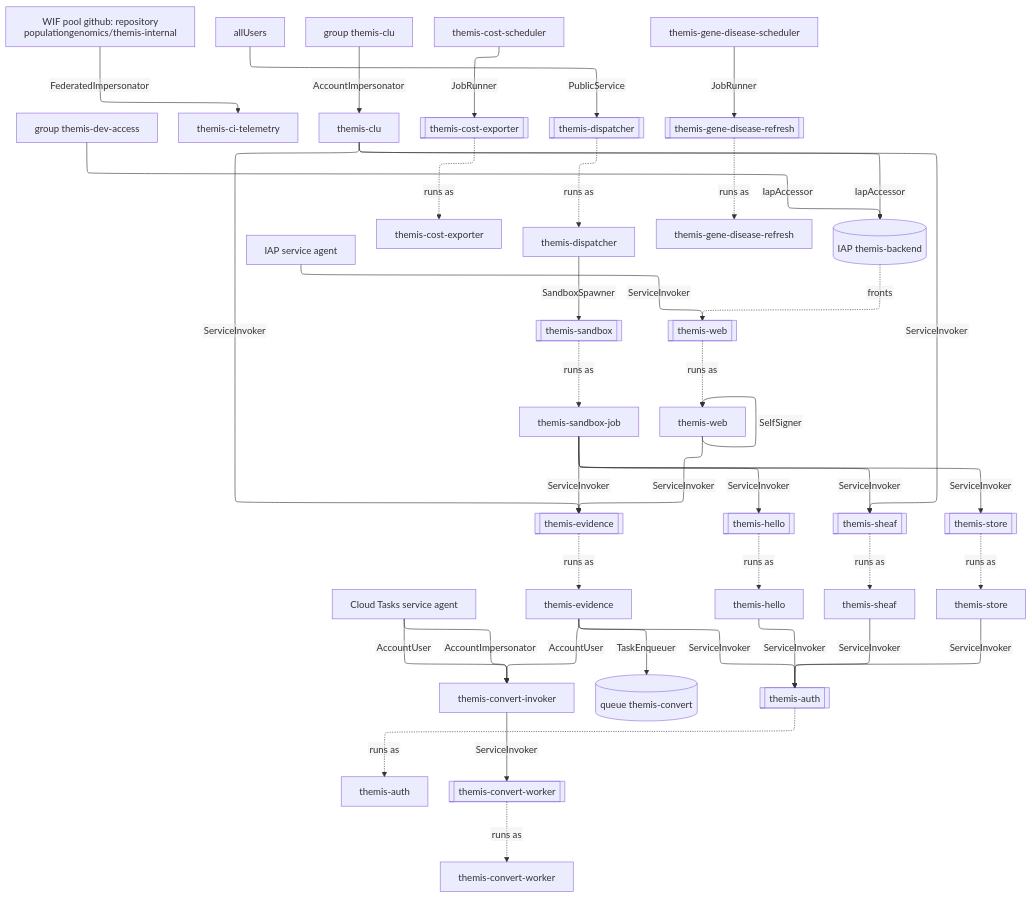
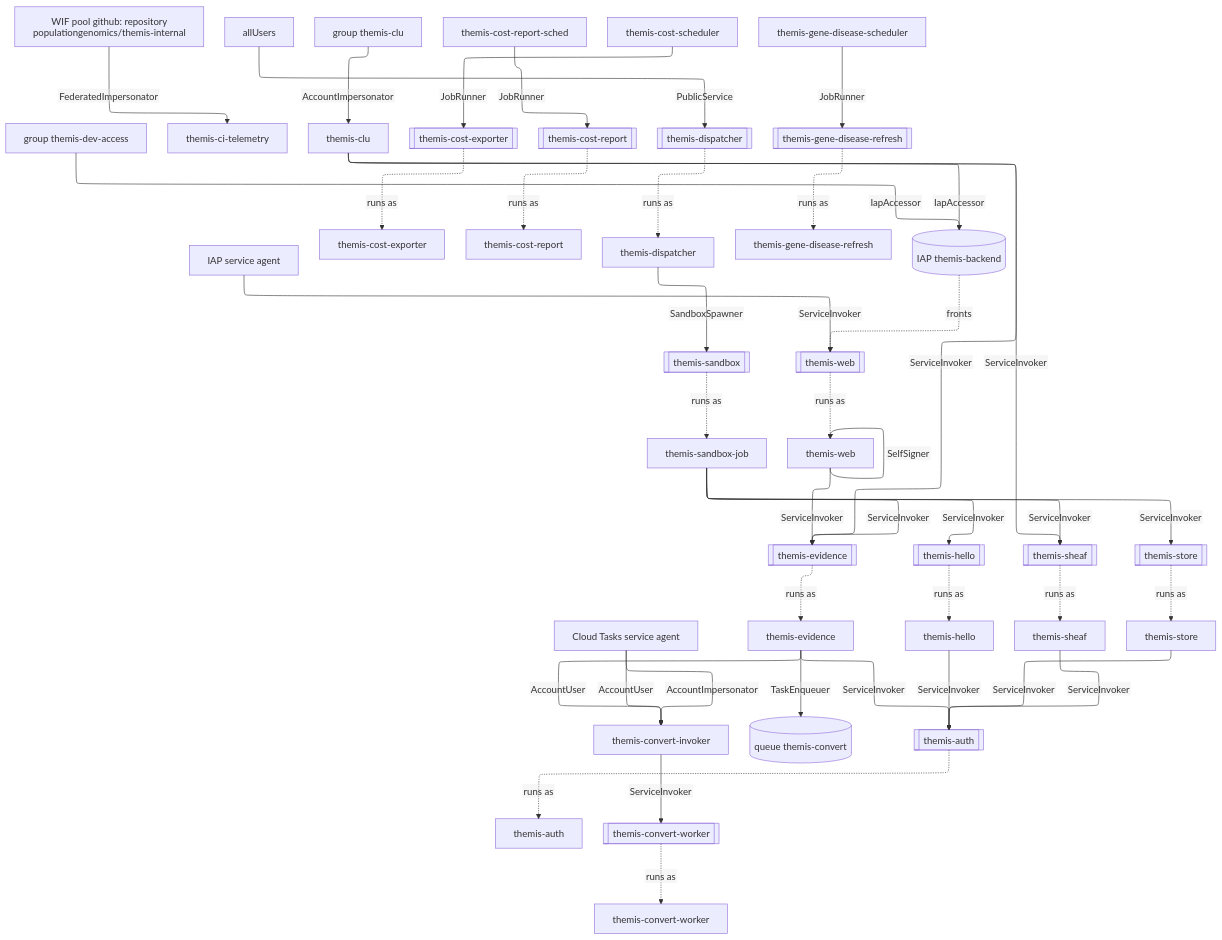
One commit to populationgenomics/themis changed the diagram in docs/design/grants/calls.mmd. Above: the diagram before and after it, drawn with Mermaid. The commit also changed 31 other files, not shown here.

First line of the commit message:
cost: the morning report posts every producer's day to Slack, with a chart (#582)

```diff
--- a/docs/design/grants/calls.mmd
+++ b/docs/design/grants/calls.mmd
@@ -1,75 +1,80 @@
 %%{init: {"layout": "elk", "elk": {"mergeEdges": true, "nodePlacementStrategy": "NETWORK_SIMPLEX"}, "htmlLabels": false, "flowchart": {"htmlLabels": false, "wrappingWidth": 320}}}%%
 flowchart TB
     n0["Cloud Tasks service agent"]
     n1["IAP service agent"]
     n2["WIF pool github: repository populationgenomics/themis-internal"]
     n3["allUsers"]
     n4["group themis-clu"]
     n5["group themis-dev-access"]
     n6["themis-auth"]
     n7["themis-ci-telemetry"]
     n8["themis-clu"]
     n9["themis-convert-invoker"]
     n10["themis-convert-worker"]
     n11["themis-cost-exporter"]
-    n12["themis-cost-scheduler"]
-    n13["themis-dispatcher"]
-    n14["themis-evidence"]
-    n15["themis-gene-disease-refresh"]
-    n16["themis-gene-disease-scheduler"]
-    n17["themis-hello"]
-    n18["themis-sandbox-job"]
-    n19["themis-sheaf"]
-    n20["themis-store"]
-    n21["themis-web"]
-    n22[("IAP themis-backend")]
-    n23[("queue themis-convert")]
-    n24[["themis-auth"]]
-    n25[["themis-convert-worker"]]
-    n26[["themis-cost-exporter"]]
-    n27[["themis-dispatcher"]]
-    n28[["themis-evidence"]]
-    n29[["themis-gene-disease-refresh"]]
-    n30[["themis-hello"]]
-    n31[["themis-sandbox"]]
-    n32[["themis-sheaf"]]
-    n33[["themis-store"]]
-    n34[["themis-web"]]
+    n12["themis-cost-report"]
+    n13["themis-cost-report-sched"]
+    n14["themis-cost-scheduler"]
+    n15["themis-dispatcher"]
+    n16["themis-evidence"]
+    n17["themis-gene-disease-refresh"]
+    n18["themis-gene-disease-scheduler"]
+    n19["themis-hello"]
+    n20["themis-sandbox-job"]
+    n21["themis-sheaf"]
+    n22["themis-store"]
+    n23["themis-web"]
+    n24[("IAP themis-backend")]
+    n25[("queue themis-convert")]
+    n26[["themis-auth"]]
+    n27[["themis-convert-worker"]]
+    n28[["themis-cost-exporter"]]
+    n29[["themis-cost-report"]]
+    n30[["themis-dispatcher"]]
+    n31[["themis-evidence"]]
+    n32[["themis-gene-disease-refresh"]]
+    n33[["themis-hello"]]
+    n34[["themis-sandbox"]]
+    n35[["themis-sheaf"]]
+    n36[["themis-store"]]
+    n37[["themis-web"]]
     n0 -->|AccountImpersonator| n9
     n0 -->|AccountUser| n9
-    n1 -->|ServiceInvoker| n34
+    n1 -->|ServiceInvoker| n37
     n2 -->|FederatedImpersonator| n7
-    n3 -->|PublicService| n27
+    n3 -->|PublicService| n30
     n4 -->|AccountImpersonator| n8
-    n5 -->|IapAccessor| n22
-    n8 -->|IapAccessor| n22
-    n8 -->|ServiceInvoker| n28
-    n8 -->|ServiceInvoker| n32
-    n9 -->|ServiceInvoker| n25
-    n12 -->|JobRunner| n26
-    n13 -->|SandboxSpawner| n31
-    n14 -->|AccountUser| n9
-    n14 -->|ServiceInvoker| n24
-    n14 -->|TaskEnqueuer| n23
-    n16 -->|JobRunner| n29
-    n17 -->|ServiceInvoker| n24
-    n18 -->|ServiceInvoker| n28
-    n18 -->|ServiceInvoker| n30
-    n18 -->|ServiceInvoker| n32
-    n18 -->|ServiceInvoker| n33
-    n19 -->|ServiceInvoker| n24
-    n20 -->|ServiceInvoker| n24
-    n21 -->|SelfSigner| n21
-    n21 -->|ServiceInvoker| n28
-    n22 -. fronts .-> n34
-    n24 -. runs as .-> n6
-    n25 -. runs as .-> n10
-    n26 -. runs as .-> n11
-    n27 -. runs as .-> n13
-    n28 -. runs as .-> n14
-    n29 -. runs as .-> n15
-    n30 -. runs as .-> n17
-    n31 -. runs as .-> n18
-    n32 -. runs as .-> n19
-    n33 -. runs as .-> n20
-    n34 -. runs as .-> n21
+    n5 -->|IapAccessor| n24
+    n8 -->|IapAccessor| n24
+    n8 -->|ServiceInvoker| n31
+    n8 -->|ServiceInvoker| n35
+    n9 -->|ServiceInvoker| n27
+    n13 -->|JobRunner| n29
+    n14 -->|JobRunner| n28
+    n15 -->|SandboxSpawner| n34
+    n16 -->|AccountUser| n9
+    n16 -->|ServiceInvoker| n26
+    n16 -->|TaskEnqueuer| n25
+    n18 -->|JobRunner| n32
+    n19 -->|ServiceInvoker| n26
+    n20 -->|ServiceInvoker| n31
+    n20 -->|ServiceInvoker| n33
+    n20 -->|ServiceInvoker| n35
+    n20 -->|ServiceInvoker| n36
+    n21 -->|ServiceInvoker| n26
+    n22 -->|ServiceInvoker| n26
+    n23 -->|SelfSigner| n23
+    n23 -->|ServiceInvoker| n31
+    n24 -. fronts .-> n37
+    n26 -. runs as .-> n6
+    n27 -. runs as .-> n10
+    n28 -. runs as .-> n11
+    n29 -. runs as .-> n12
+    n30 -. runs as .-> n15
+    n31 -. runs as .-> n16
+    n32 -. runs as .-> n17
+    n33 -. runs as .-> n19
+    n34 -. runs as .-> n20
+    n35 -. runs as .-> n21
+    n36 -. runs as .-> n22
+    n37 -. runs as .-> n23
```
